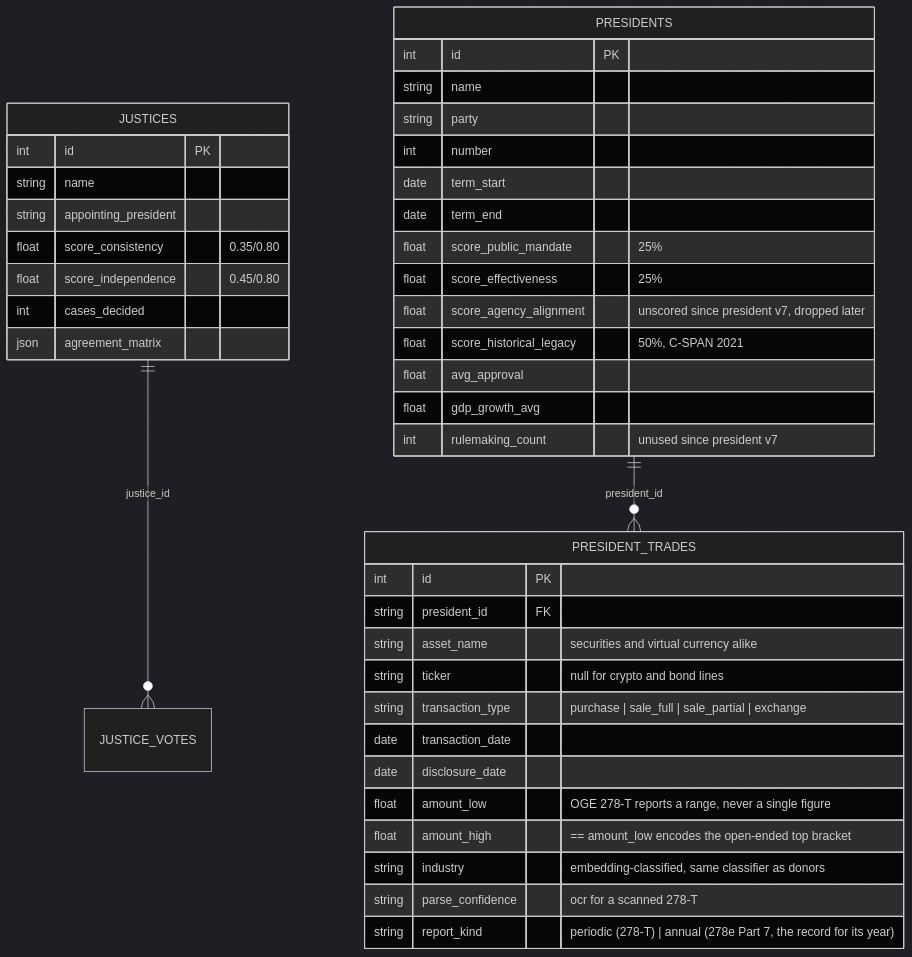
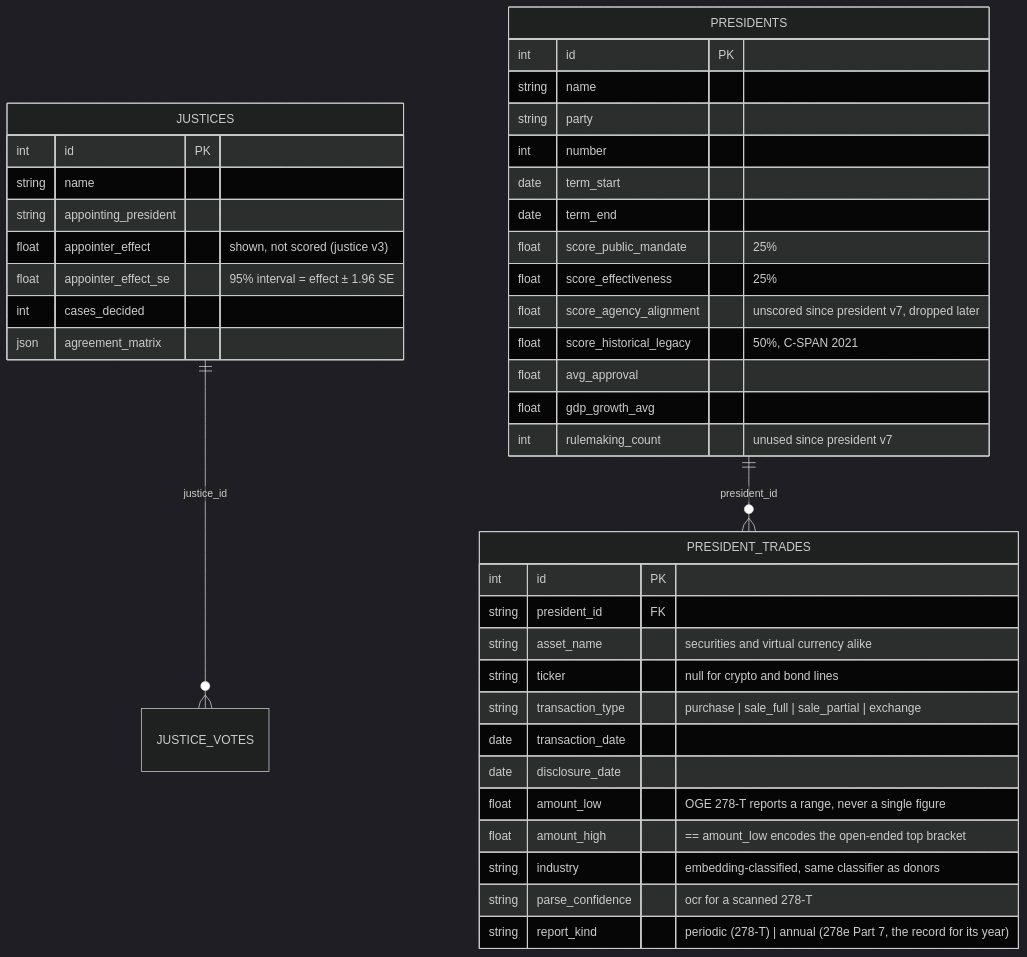
One commit to kamoras/civitas changed the second of 6 diagrams in docs/diagrams/07-data-model.md. Above: the diagram before and after it, drawn with Mermaid (dark theme). The commit also changed 13 other files, not shown here.

First line of the commit message:
Justice v3 leftovers: signed interval, SEO text, unused breakdown route, v2 docs

````diff
--- a/docs/diagrams/07-data-model.md
+++ b/docs/diagrams/07-data-model.md
@@ -80,46 +80,46 @@
 ```mermaid
 erDiagram
     JUSTICES ||--o{ JUSTICE_VOTES : "justice_id"
     PRESIDENTS ||--o{ PRESIDENT_TRADES : "president_id"
 
     PRESIDENTS {
         int id PK
         string name
         string party
         int number
         date term_start
         date term_end
         float score_public_mandate "25%"
         float score_effectiveness "25%"
         float score_agency_alignment "unscored since president v7, dropped later"
         float score_historical_legacy "50%, C-SPAN 2021"
         float avg_approval
         float gdp_growth_avg
         int rulemaking_count "unused since president v7"
     }
 
     PRESIDENT_TRADES {
         int id PK
         string president_id FK
         string asset_name "securities and virtual currency alike"
         string ticker "null for crypto and bond lines"
         string transaction_type "purchase | sale_full | sale_partial | exchange"
         date transaction_date
         date disclosure_date
         float amount_low "OGE 278-T reports a range, never a single figure"
         float amount_high "== amount_low encodes the open-ended top bracket"
         string industry "embedding-classified, same classifier as donors"
         string parse_confidence "ocr for a scanned 278-T"
         string report_kind "periodic (278-T) | annual (278e Part 7, the record for its year)"
     }
 
     JUSTICES {
         int id PK
         string name
         string appointing_president
-        float score_consistency "0.35/0.80"
-        float score_independence "0.45/0.80"
+        float appointer_effect "shown, not scored (justice v3)"
+        float appointer_effect_se "95% interval = effect ± 1.96 SE"
         int cases_decided
         json agreement_matrix
     }
 ```
````
